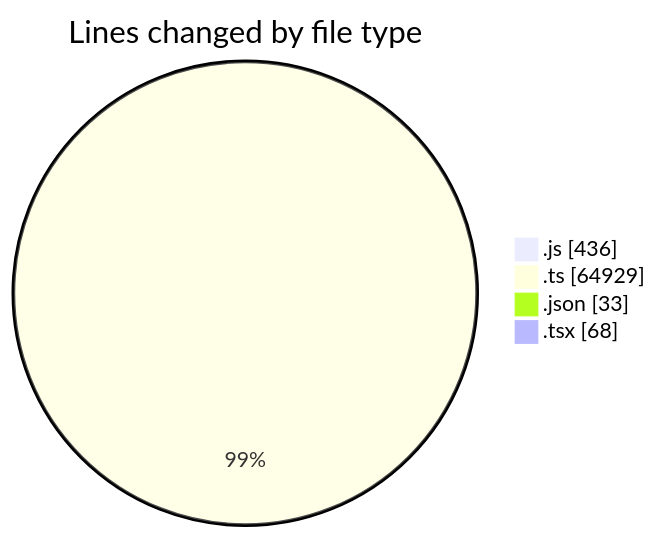
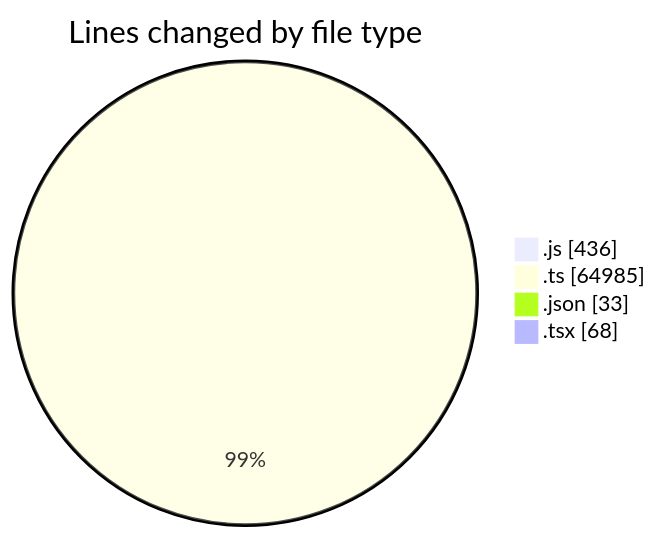
The first of 2 diagrams in 2026-07-27/cda/README.md (momahboobian/code-tracking), drawn with Mermaid before and after one commit. The commit also changed other lines of this file and 1 other file, not shown here.

````diff
--- a/2026-07-27/cda/README.md
+++ b/2026-07-27/cda/README.md
@@ -33,8 +33,8 @@
 ```mermaid
 pie showData
 title Lines changed by file type
 ".js" : 436
-".ts" : 64929
+".ts" : 64985
 ".json" : 33
 ".tsx" : 68
 ```
````
